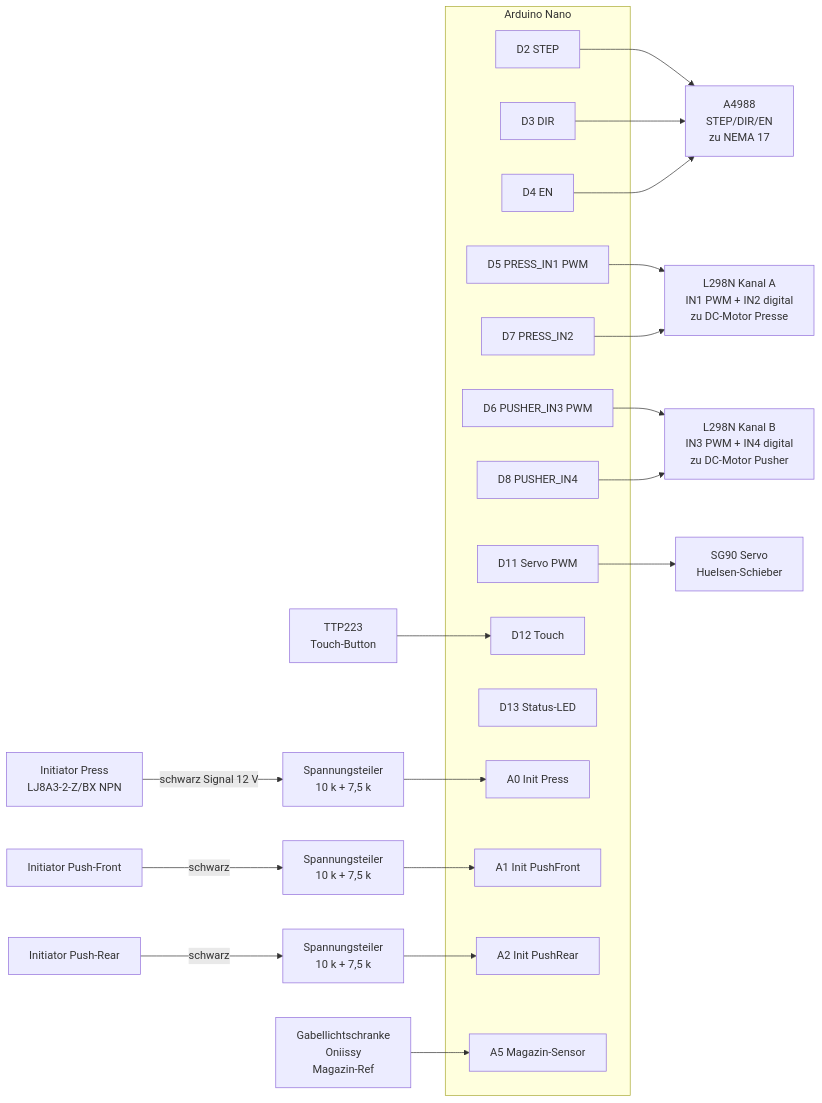
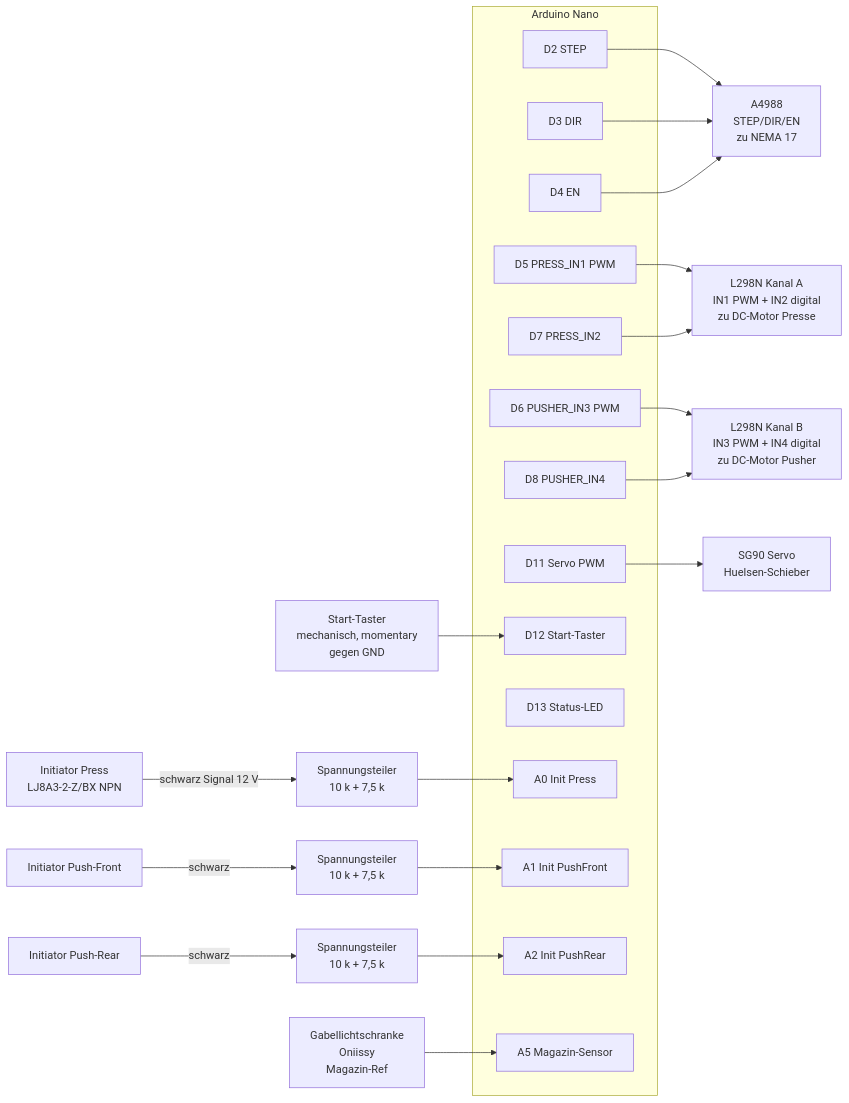
Before and after one commit to JohnsonRepo/stopf: the second of 3 diagrams in docs/wiring.md, drawn with Mermaid. The commit also changed other lines of this file and 6 other files, not shown here.

First line of the commit message:
feat(button): TTP223 durch mechanischen Drucktaster ersetzen

````diff
--- a/docs/wiring.md
+++ b/docs/wiring.md
@@ -102,43 +102,43 @@
 ```mermaid
 flowchart LR
     subgraph NANO [Arduino Nano]
         D2["D2 STEP"]
         D3["D3 DIR"]
         D4["D4 EN"]
         D5["D5 PRESS_IN1 PWM"]
         D6["D6 PUSHER_IN3 PWM"]
         D7["D7 PRESS_IN2"]
         D8["D8 PUSHER_IN4"]
         D11["D11 Servo PWM"]
-        D12["D12 Touch"]
+        D12["D12 Start-Taster"]
         D13["D13 Status-LED"]
         A0["A0 Init Press"]
         A1["A1 Init PushFront"]
         A2["A2 Init PushRear"]
         A5["A5 Magazin-Sensor"]
     end
 
     D2 --> A4988["A4988<br/>STEP/DIR/EN<br/>zu NEMA 17"]
     D3 --> A4988
     D4 --> A4988
 
     D5 --> L298N_A["L298N Kanal A<br/>IN1 PWM + IN2 digital<br/>zu DC-Motor Presse"]
     D7 --> L298N_A
 
     D6 --> L298N_B["L298N Kanal B<br/>IN3 PWM + IN4 digital<br/>zu DC-Motor Pusher"]
     D8 --> L298N_B
 
     D11 --> SERVO["SG90 Servo<br/>Huelsen-Schieber"]
 
-    TOUCH["TTP223<br/>Touch-Button"] --> D12
+    BUTTON["Start-Taster<br/>mechanisch, momentary<br/>gegen GND"] --> D12
 
     DIV1["Spannungsteiler<br/>10 k + 7,5 k"] --> A0
     DIV2["Spannungsteiler<br/>10 k + 7,5 k"] --> A1
     DIV3["Spannungsteiler<br/>10 k + 7,5 k"] --> A2
 
     INIT_P["Initiator Press<br/>LJ8A3-2-Z/BX NPN"] -->|schwarz Signal 12 V| DIV1
     INIT_PF["Initiator Push-Front"] -->|schwarz| DIV2
     INIT_PR["Initiator Push-Rear"] -->|schwarz| DIV3
 
     OPTO["Gabellichtschranke<br/>Oniissy<br/>Magazin-Ref"] --> A5
 ```
````
